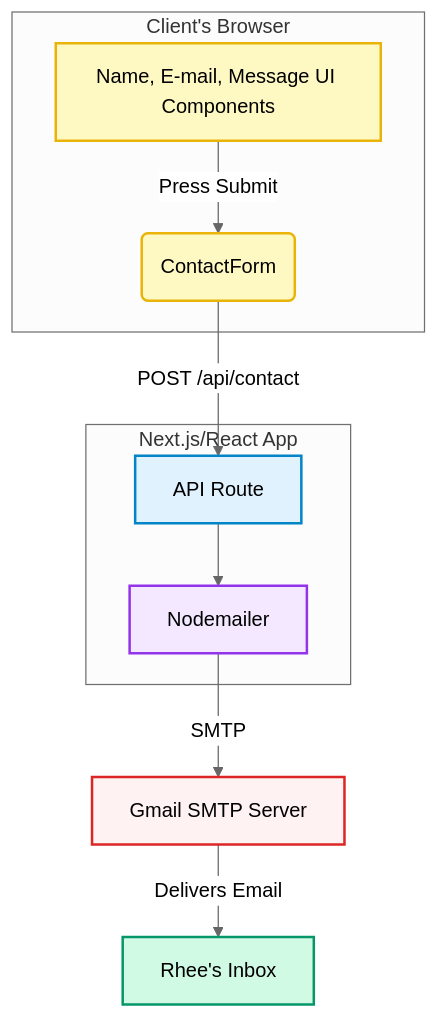
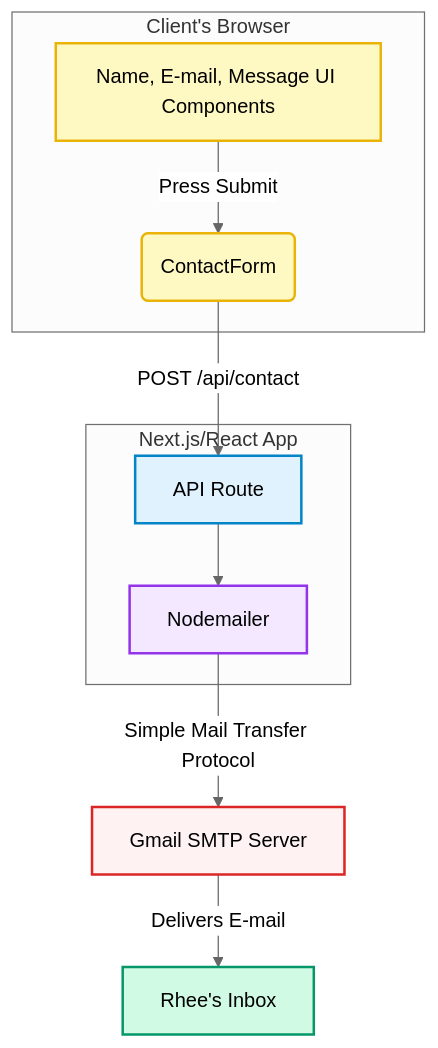
Before and after one commit to rkang427/portfolio: the second of 2 diagrams in README.md, drawn with Mermaid (neutral theme). The commit also changed other lines of this file, not shown here.

Commit message:
feat(readme): updated contact form component diagram for minor typos

````diff
--- a/README.md
+++ b/README.md
@@ -17,27 +18,27 @@
 ```mermaid
 graph TD
   subgraph Browser [Client's Browser]
     A[Name, E-mail, Message UI Components]
     A -->|Press Submit| B(ContactForm)
   end
 
   subgraph frontend [Next.js/React App]
     B -->|POST /api/contact| C[API Route]
     C --> D[Nodemailer]
   end 
 
-  D -->|SMTP| E[Gmail SMTP Server]
-  E -->|Delivers Email| F[Rhee's Inbox]
+  D -->|Simple Mail Transfer Protocol| E[Gmail SMTP Server]
+  E -->|Delivers E-mail| F[Rhee's Inbox]
 
   classDef blackText fill:#ffffff,stroke:#000000,color:#000000;
 
   class A,B,C,D,E,F blackText;
 
  style A fill:#fef9c3,stroke:#eab308,stroke-width:2px
   style B fill:#fef9c3,stroke:#eab308,stroke-width:2px
   style C fill:#e0f2fe,stroke:#0284c7,stroke-width:2px
   style D fill:#f3e8ff,stroke:#9333ea,stroke-width:2px
   style E fill:#fef2f2,stroke:#dc2626,stroke-width:2px
   style F fill:#d1fae5,stroke:#059669,stroke-width:2px
 
 ```
````
